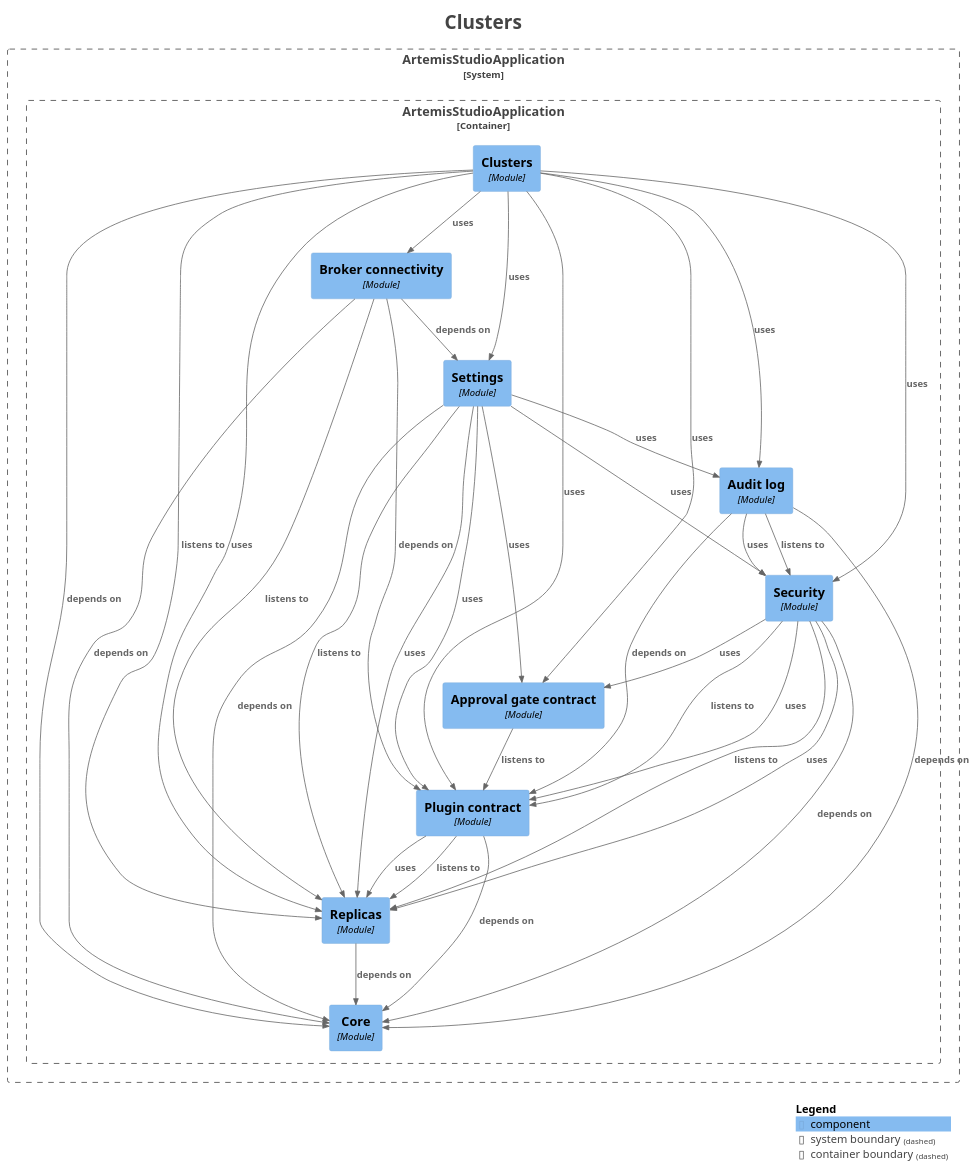
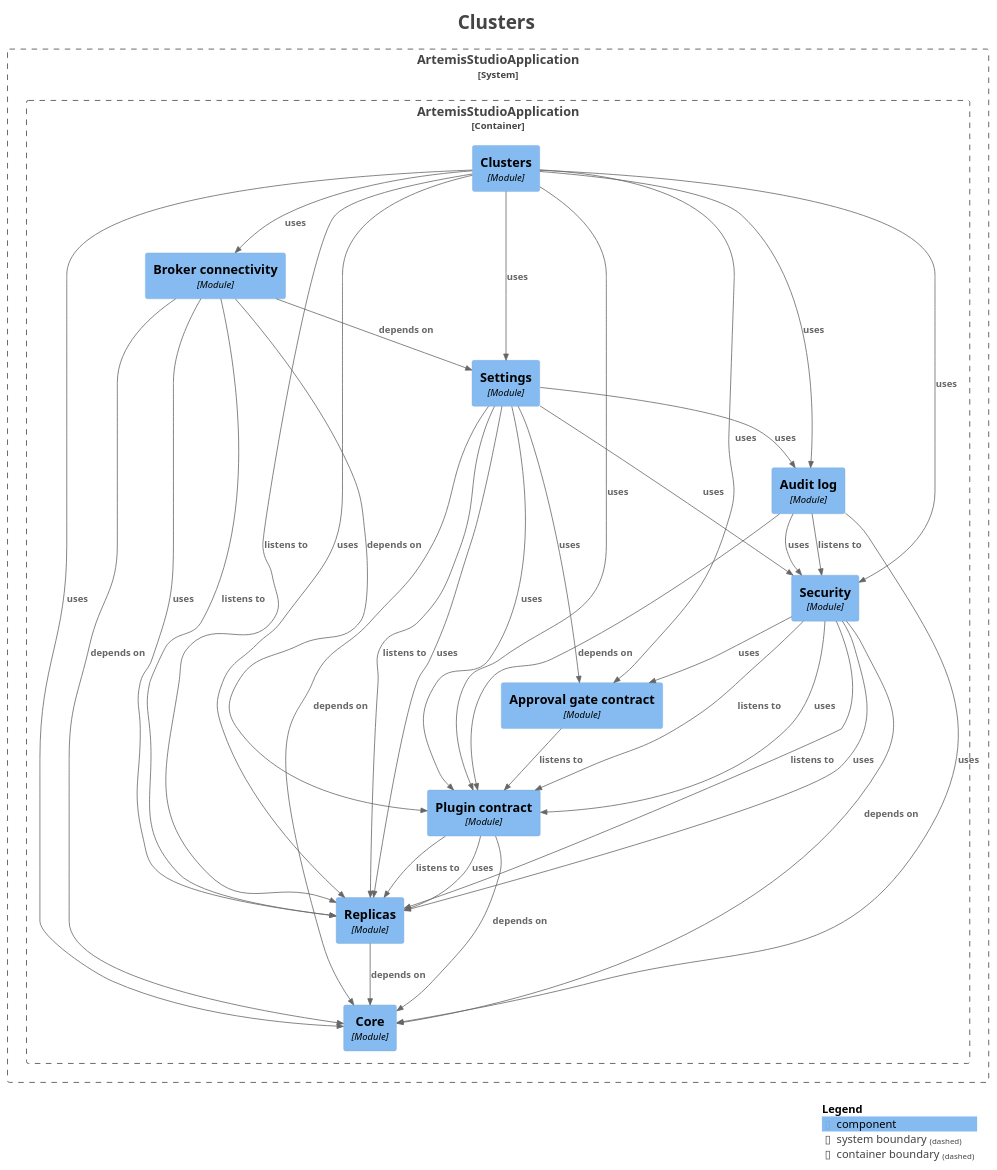
One commit to sudoitir/artemis-studio changed the diagram in docs/modules/module-platform.clusters.puml. Above: the diagram before and after it, drawn with PlantUML. The commit also changed 498 other files, not shown here.

```diff
--- a/docs/modules/module-platform.clusters.puml
+++ b/docs/modules/module-platform.clusters.puml
@@ -1,71 +1,72 @@
 @startuml
 title <size:24>Clusters</size>
 
 set separator none
 top to bottom direction
 
 <style>
   root {
     BackgroundColor: #ffffff
     FontColor: #444444
   }
 </style>
 
 !include <C4/C4>
 !include <C4/C4_Context>
 !include <C4/C4_Component>
 
 System_Boundary("ArtemisStudioApplication_boundary", "ArtemisStudioApplication", $tags="") {
   Container_Boundary("ArtemisStudioApplication.ArtemisStudioApplication_boundary", "ArtemisStudioApplication", $tags="") {
     Component(ArtemisStudioApplication.ArtemisStudioApplication.Approvalgatecontract, "Approval gate contract", $techn="Module", $descr="", $tags="", $link="")
     Component(ArtemisStudioApplication.ArtemisStudioApplication.Auditlog, "Audit log", $techn="Module", $descr="", $tags="", $link="")
     Component(ArtemisStudioApplication.ArtemisStudioApplication.Brokerconnectivity, "Broker connectivity", $techn="Module", $descr="", $tags="", $link="")
     Component(ArtemisStudioApplication.ArtemisStudioApplication.Clusters, "Clusters", $techn="Module", $descr="", $tags="", $link="")
     Component(ArtemisStudioApplication.ArtemisStudioApplication.Core, "Core", $techn="Module", $descr="", $tags="", $link="")
     Component(ArtemisStudioApplication.ArtemisStudioApplication.Plugincontract, "Plugin contract", $techn="Module", $descr="", $tags="", $link="")
     Component(ArtemisStudioApplication.ArtemisStudioApplication.Replicas, "Replicas", $techn="Module", $descr="", $tags="", $link="")
     Component(ArtemisStudioApplication.ArtemisStudioApplication.Security, "Security", $techn="Module", $descr="", $tags="", $link="")
     Component(ArtemisStudioApplication.ArtemisStudioApplication.Settings, "Settings", $techn="Module", $descr="", $tags="", $link="")
   }
 
 }
 
 Rel(ArtemisStudioApplication.ArtemisStudioApplication.Approvalgatecontract, ArtemisStudioApplication.ArtemisStudioApplication.Plugincontract, "listens to", $techn="", $tags="", $link="")
-Rel(ArtemisStudioApplication.ArtemisStudioApplication.Auditlog, ArtemisStudioApplication.ArtemisStudioApplication.Core, "depends on", $techn="", $tags="", $link="")
+Rel(ArtemisStudioApplication.ArtemisStudioApplication.Auditlog, ArtemisStudioApplication.ArtemisStudioApplication.Core, "uses", $techn="", $tags="", $link="")
 Rel(ArtemisStudioApplication.ArtemisStudioApplication.Auditlog, ArtemisStudioApplication.ArtemisStudioApplication.Plugincontract, "depends on", $techn="", $tags="", $link="")
 Rel(ArtemisStudioApplication.ArtemisStudioApplication.Auditlog, ArtemisStudioApplication.ArtemisStudioApplication.Security, "listens to", $techn="", $tags="", $link="")
 Rel(ArtemisStudioApplication.ArtemisStudioApplication.Auditlog, ArtemisStudioApplication.ArtemisStudioApplication.Security, "uses", $techn="", $tags="", $link="")
 Rel(ArtemisStudioApplication.ArtemisStudioApplication.Brokerconnectivity, ArtemisStudioApplication.ArtemisStudioApplication.Core, "depends on", $techn="", $tags="", $link="")
 Rel(ArtemisStudioApplication.ArtemisStudioApplication.Brokerconnectivity, ArtemisStudioApplication.ArtemisStudioApplication.Plugincontract, "depends on", $techn="", $tags="", $link="")
 Rel(ArtemisStudioApplication.ArtemisStudioApplication.Brokerconnectivity, ArtemisStudioApplication.ArtemisStudioApplication.Replicas, "listens to", $techn="", $tags="", $link="")
+Rel(ArtemisStudioApplication.ArtemisStudioApplication.Brokerconnectivity, ArtemisStudioApplication.ArtemisStudioApplication.Replicas, "uses", $techn="", $tags="", $link="")
 Rel(ArtemisStudioApplication.ArtemisStudioApplication.Brokerconnectivity, ArtemisStudioApplication.ArtemisStudioApplication.Settings, "depends on", $techn="", $tags="", $link="")
 Rel(ArtemisStudioApplication.ArtemisStudioApplication.Clusters, ArtemisStudioApplication.ArtemisStudioApplication.Approvalgatecontract, "uses", $techn="", $tags="", $link="")
 Rel(ArtemisStudioApplication.ArtemisStudioApplication.Clusters, ArtemisStudioApplication.ArtemisStudioApplication.Auditlog, "uses", $techn="", $tags="", $link="")
 Rel(ArtemisStudioApplication.ArtemisStudioApplication.Clusters, ArtemisStudioApplication.ArtemisStudioApplication.Brokerconnectivity, "uses", $techn="", $tags="", $link="")
-Rel(ArtemisStudioApplication.ArtemisStudioApplication.Clusters, ArtemisStudioApplication.ArtemisStudioApplication.Core, "depends on", $techn="", $tags="", $link="")
+Rel(ArtemisStudioApplication.ArtemisStudioApplication.Clusters, ArtemisStudioApplication.ArtemisStudioApplication.Core, "uses", $techn="", $tags="", $link="")
 Rel(ArtemisStudioApplication.ArtemisStudioApplication.Clusters, ArtemisStudioApplication.ArtemisStudioApplication.Plugincontract, "uses", $techn="", $tags="", $link="")
 Rel(ArtemisStudioApplication.ArtemisStudioApplication.Clusters, ArtemisStudioApplication.ArtemisStudioApplication.Replicas, "listens to", $techn="", $tags="", $link="")
 Rel(ArtemisStudioApplication.ArtemisStudioApplication.Clusters, ArtemisStudioApplication.ArtemisStudioApplication.Replicas, "uses", $techn="", $tags="", $link="")
 Rel(ArtemisStudioApplication.ArtemisStudioApplication.Clusters, ArtemisStudioApplication.ArtemisStudioApplication.Security, "uses", $techn="", $tags="", $link="")
 Rel(ArtemisStudioApplication.ArtemisStudioApplication.Clusters, ArtemisStudioApplication.ArtemisStudioApplication.Settings, "uses", $techn="", $tags="", $link="")
 Rel(ArtemisStudioApplication.ArtemisStudioApplication.Plugincontract, ArtemisStudioApplication.ArtemisStudioApplication.Core, "depends on", $techn="", $tags="", $link="")
 Rel(ArtemisStudioApplication.ArtemisStudioApplication.Plugincontract, ArtemisStudioApplication.ArtemisStudioApplication.Replicas, "listens to", $techn="", $tags="", $link="")
 Rel(ArtemisStudioApplication.ArtemisStudioApplication.Plugincontract, ArtemisStudioApplication.ArtemisStudioApplication.Replicas, "uses", $techn="", $tags="", $link="")
 Rel(ArtemisStudioApplication.ArtemisStudioApplication.Replicas, ArtemisStudioApplication.ArtemisStudioApplication.Core, "depends on", $techn="", $tags="", $link="")
 Rel(ArtemisStudioApplication.ArtemisStudioApplication.Security, ArtemisStudioApplication.ArtemisStudioApplication.Approvalgatecontract, "uses", $techn="", $tags="", $link="")
 Rel(ArtemisStudioApplication.ArtemisStudioApplication.Security, ArtemisStudioApplication.ArtemisStudioApplication.Core, "depends on", $techn="", $tags="", $link="")
 Rel(ArtemisStudioApplication.ArtemisStudioApplication.Security, ArtemisStudioApplication.ArtemisStudioApplication.Plugincontract, "listens to", $techn="", $tags="", $link="")
 Rel(ArtemisStudioApplication.ArtemisStudioApplication.Security, ArtemisStudioApplication.ArtemisStudioApplication.Plugincontract, "uses", $techn="", $tags="", $link="")
 Rel(ArtemisStudioApplication.ArtemisStudioApplication.Security, ArtemisStudioApplication.ArtemisStudioApplication.Replicas, "listens to", $techn="", $tags="", $link="")
 Rel(ArtemisStudioApplication.ArtemisStudioApplication.Security, ArtemisStudioApplication.ArtemisStudioApplication.Replicas, "uses", $techn="", $tags="", $link="")
 Rel(ArtemisStudioApplication.ArtemisStudioApplication.Settings, ArtemisStudioApplication.ArtemisStudioApplication.Approvalgatecontract, "uses", $techn="", $tags="", $link="")
 Rel(ArtemisStudioApplication.ArtemisStudioApplication.Settings, ArtemisStudioApplication.ArtemisStudioApplication.Auditlog, "uses", $techn="", $tags="", $link="")
 Rel(ArtemisStudioApplication.ArtemisStudioApplication.Settings, ArtemisStudioApplication.ArtemisStudioApplication.Core, "depends on", $techn="", $tags="", $link="")
 Rel(ArtemisStudioApplication.ArtemisStudioApplication.Settings, ArtemisStudioApplication.ArtemisStudioApplication.Plugincontract, "uses", $techn="", $tags="", $link="")
 Rel(ArtemisStudioApplication.ArtemisStudioApplication.Settings, ArtemisStudioApplication.ArtemisStudioApplication.Replicas, "listens to", $techn="", $tags="", $link="")
 Rel(ArtemisStudioApplication.ArtemisStudioApplication.Settings, ArtemisStudioApplication.ArtemisStudioApplication.Replicas, "uses", $techn="", $tags="", $link="")
 Rel(ArtemisStudioApplication.ArtemisStudioApplication.Settings, ArtemisStudioApplication.ArtemisStudioApplication.Security, "uses", $techn="", $tags="", $link="")
 
 SHOW_LEGEND(true)
 hide stereotypes
 @enduml
```
